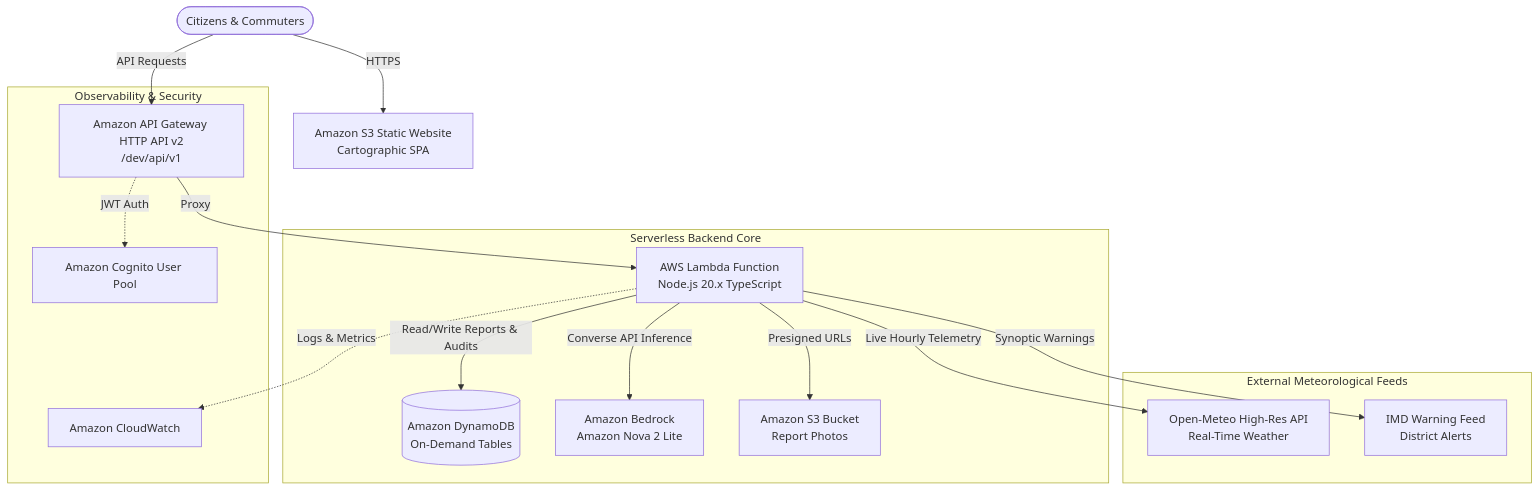
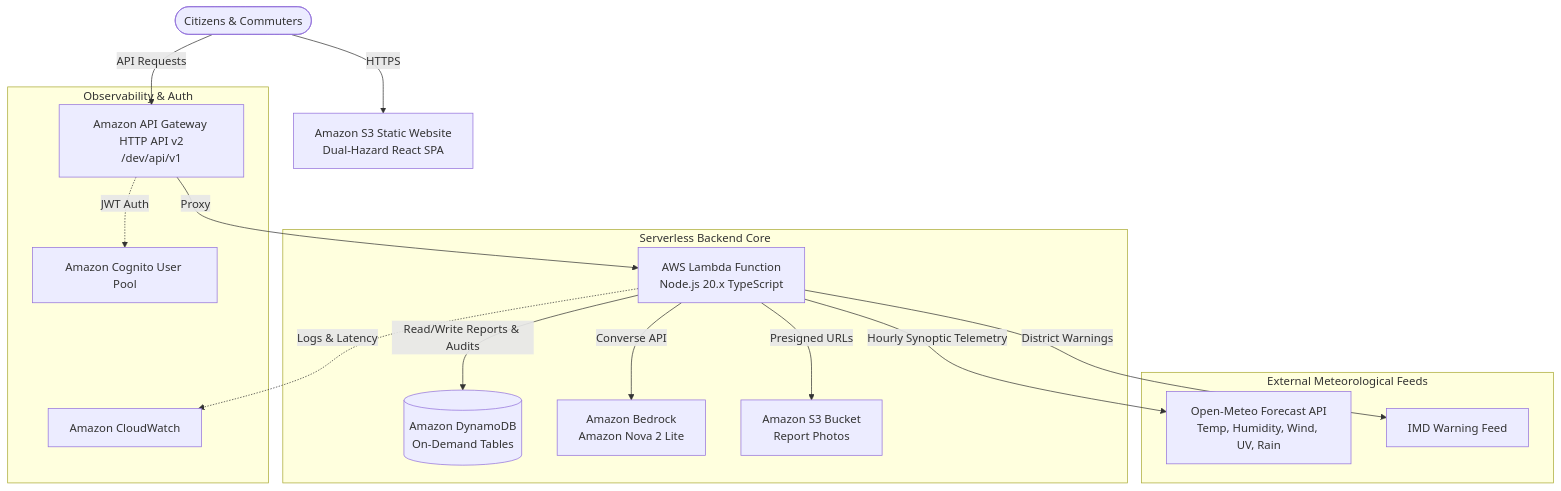
The diagram in README.md (Anik-da/JalRakshak), drawn with Mermaid before and after one commit. The commit also changed other lines of this file, not shown here.

Commit message:
docs: update comprehensive README for Heat & Water Track with Heat Intelligence and dual risk architecture

````diff
--- a/README.md
+++ b/README.md
@@ -122,23 +168,23 @@
 ```mermaid
 graph TD
-    User([Citizens & Commuters]) -->|HTTPS| S3[Amazon S3 Static Website<br/>Cartographic SPA]
+    User([Citizens & Commuters]) -->|HTTPS| S3[Amazon S3 Static Website<br/>Dual-Hazard React SPA]
     User -->|API Requests| APIGW[Amazon API Gateway HTTP API v2<br/>/dev/api/v1]
     
     APIGW -->|Proxy| Lambda[AWS Lambda Function<br/>Node.js 20.x TypeScript]
     
     subgraph "Serverless Backend Core"
         Lambda -->|Read/Write Reports & Audits| DDB[(Amazon DynamoDB<br/>On-Demand Tables)]
-        Lambda -->|Converse API Inference| Bedrock[Amazon Bedrock<br/>Amazon Nova 2 Lite]
+        Lambda -->|Converse API| Bedrock[Amazon Bedrock<br/>Amazon Nova 2 Lite]
         Lambda -->|Presigned URLs| S3Bucket[Amazon S3 Bucket<br/>Report Photos]
     end
     
     subgraph "External Meteorological Feeds"
-        Lambda -->|Live Hourly Telemetry| OpenMeteo[Open-Meteo High-Res API<br/>Real-Time Weather]
-        Lambda -->|Synoptic Warnings| IMD[IMD Warning Feed<br/>District Alerts]
+        Lambda -->|Hourly Synoptic Telemetry| OpenMeteo[Open-Meteo Forecast API<br/>Temp, Humidity, Wind, UV, Rain]
+        Lambda -->|District Warnings| IMD[IMD Warning Feed]
     end
     
-    subgraph "Observability & Security"
-        Lambda -.->|Logs & Metrics| CW[Amazon CloudWatch]
+    subgraph "Observability & Auth"
+        Lambda -.->|Logs & Latency| CW[Amazon CloudWatch]
         APIGW -.->|JWT Auth| Cognito[Amazon Cognito User Pool]
     end
 ```
````
